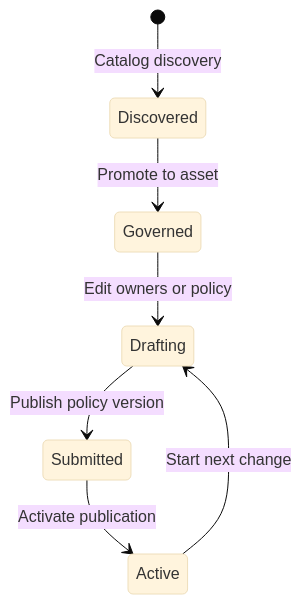
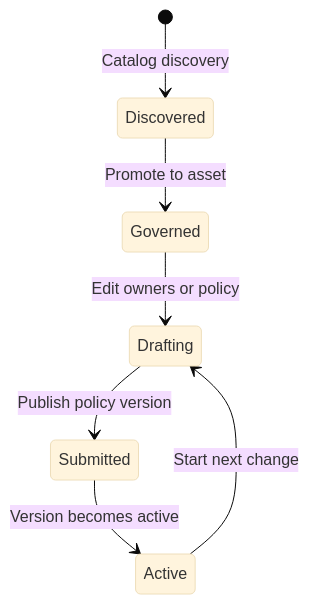
The second of 3 diagrams in docs/concepts.md (snithish/dal-obscura), drawn with Mermaid (base theme) before and after one commit. The commit also changed other lines of this file and 20 other files, not shown here.

````diff
--- a/docs/concepts.md
+++ b/docs/concepts.md
@@ -69,9 +69,9 @@
 ```mermaid
 stateDiagram-v2
     [*] --> Discovered: Catalog discovery
     Discovered --> Governed: Promote to asset
     Governed --> Drafting: Edit owners or policy
     Drafting --> Submitted: Publish policy version
-    Submitted --> Active: Activate publication
+    Submitted --> Active: Version becomes active
     Active --> Drafting: Start next change
 ```
````
